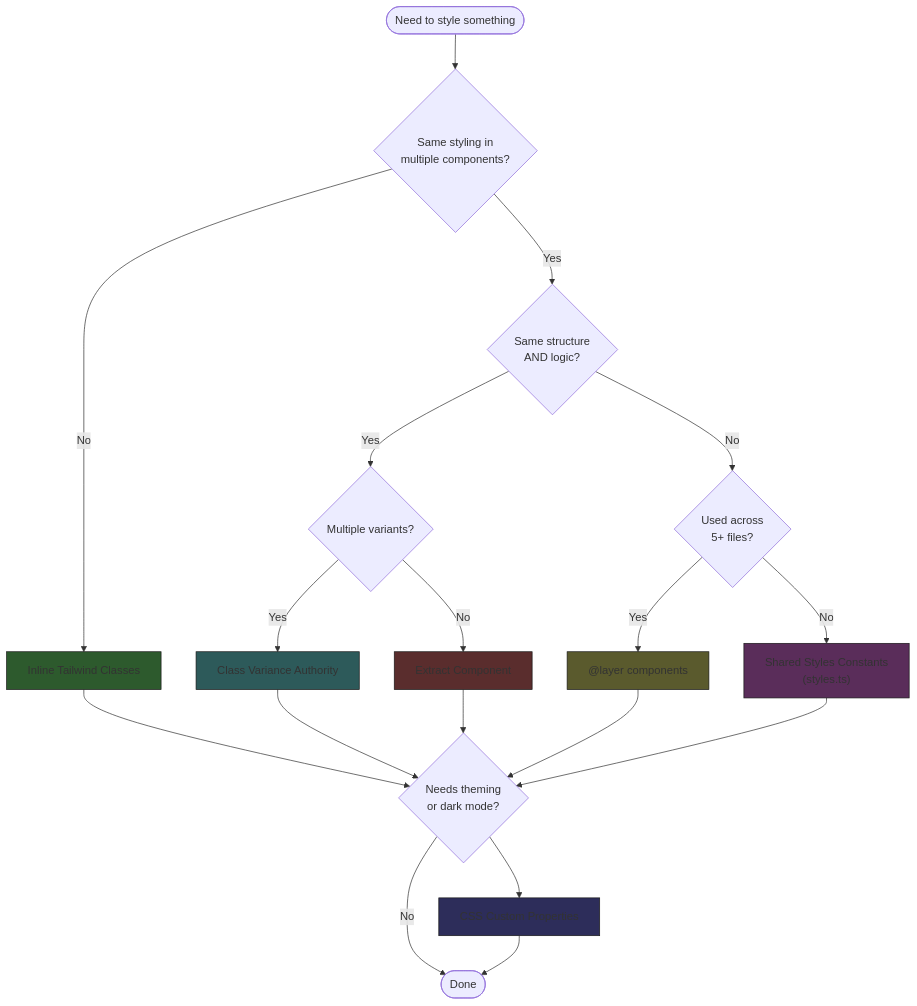
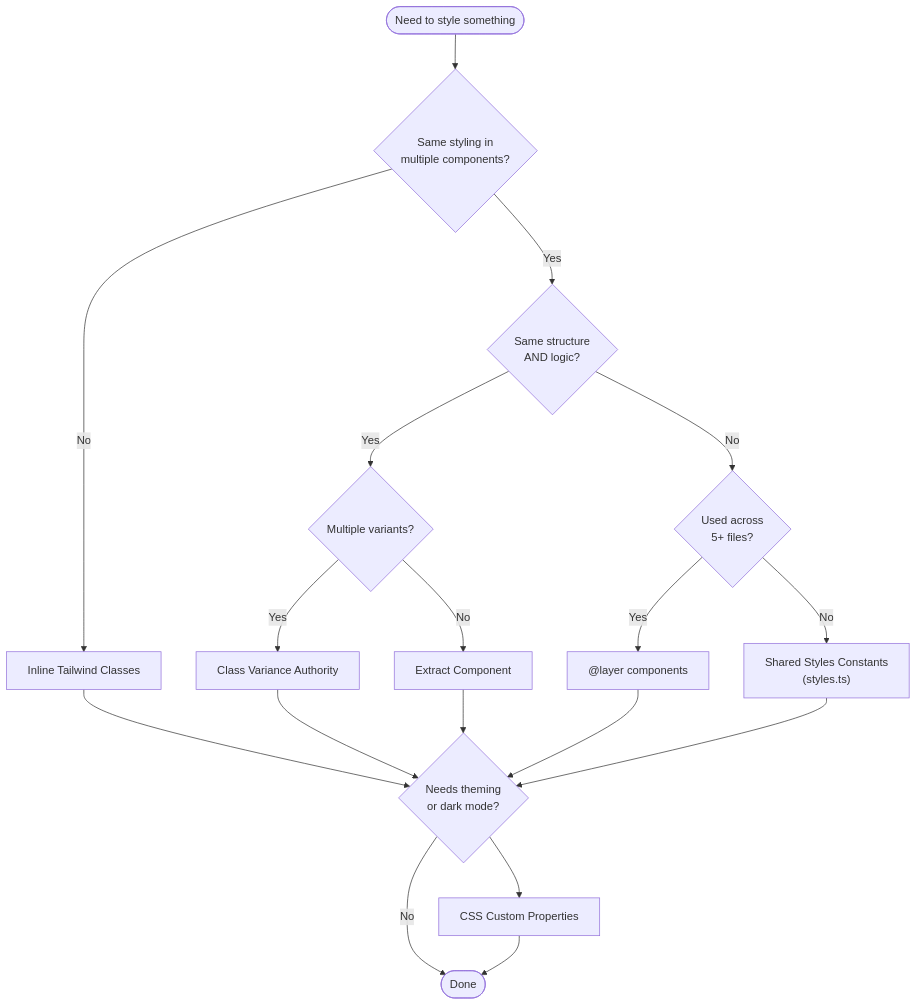
Before and after one commit to haowjy/meridian-flow: the diagram in _docs/technical/frontend/tailwind-strategies.md, drawn with Mermaid. The commit also changed 46 other files, not shown here.

````diff
--- a/_docs/technical/frontend/tailwind-strategies.md
+++ b/_docs/technical/frontend/tailwind-strategies.md
@@ -17,34 +17,28 @@
 ```mermaid
 flowchart TD
     Start([Need to style something]) --> Q1{Same styling in<br/>multiple components?}
 
     Q1 -->|No| Inline[Inline Tailwind Classes]
     Q1 -->|Yes| Q2{Same structure<br/>AND logic?}
 
     Q2 -->|Yes| Q3{Multiple variants?}
     Q2 -->|No| Q4{Used across<br/>5+ files?}
 
     Q3 -->|Yes| CVA[Class Variance Authority]
     Q3 -->|No| Component[Extract Component]
 
     Q4 -->|Yes| Layer["@layer components"]
     Q4 -->|No| Styles["Shared Styles Constants<br/>(styles.ts)"]
 
     Q5{Needs theming<br/>or dark mode?} --> CSSVars[CSS Custom Properties]
 
     Inline --> Q5
     CVA --> Q5
     Component --> Q5
     Layer --> Q5
     Styles --> Q5
 
     Q5 -->|No| Done([Done])
     CSSVars --> Done
 
-    style Inline fill:#2d5a2d,stroke:#1a1a1a
-    style CVA fill:#2d5a5a,stroke:#1a1a1a
-    style Layer fill:#5a5a2d,stroke:#1a1a1a
-    style Styles fill:#5a2d5a,stroke:#1a1a1a
-    style CSSVars fill:#2d2d5a,stroke:#1a1a1a
-    style Component fill:#5a2d2d,stroke:#1a1a1a
 ```
````
